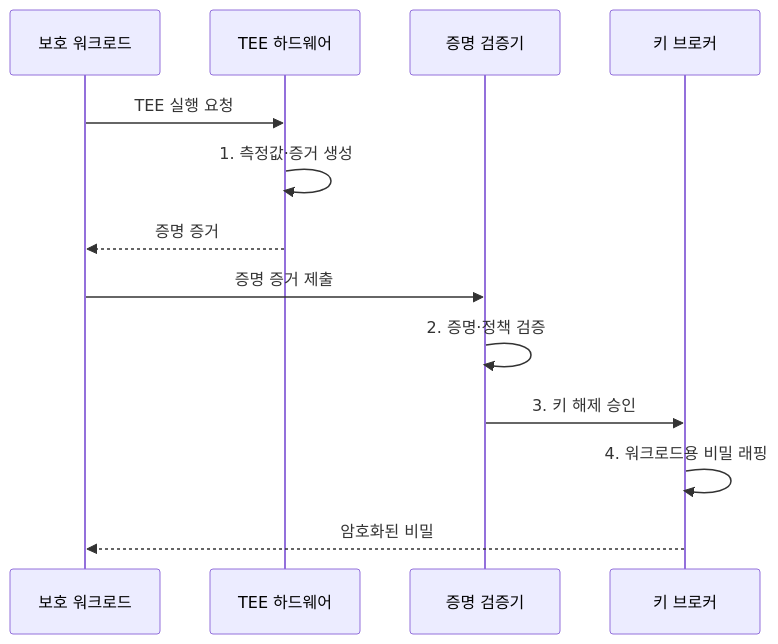
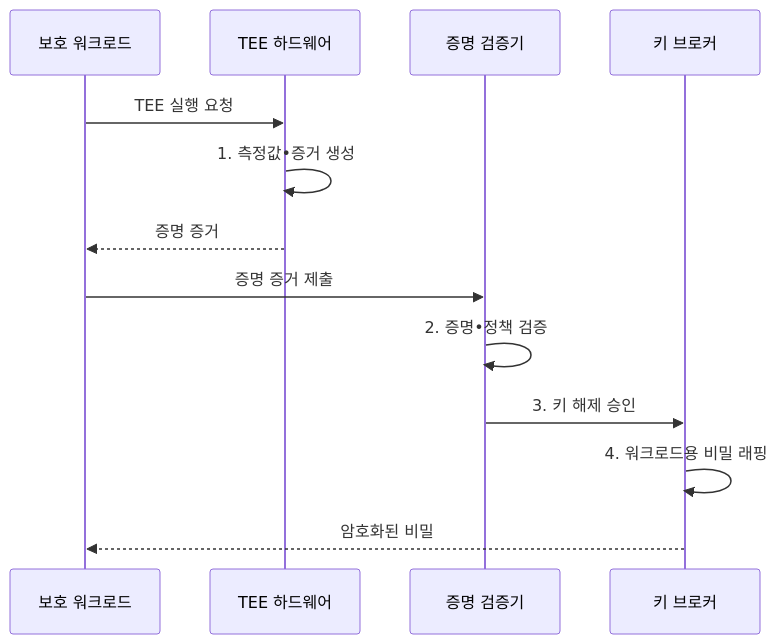
One commit to agnusdei1207/knowledge-base changed the second of 2 diagrams in src/content/docs/notes/05-security/019_confidential_computing.md. Above: the diagram before and after it, drawn with Mermaid. The commit also changed other lines of this file and 953 other files, not shown here.

````diff
--- a/src/content/docs/notes/05-security/019_confidential_computing.md
+++ b/src/content/docs/notes/05-security/019_confidential_computing.md
@@ -103,15 +103,15 @@
 ```mermaid
 sequenceDiagram
     participant W as 보호 워크로드
     participant T as TEE 하드웨어
     participant V as 증명 검증기
     participant K as 키 브로커
     W->>T: TEE 실행 요청
-    T->>T: 1. 측정값·증거 생성
+    T->>T: 1. 측정값•증거 생성
     T-->>W: 증명 증거
     W->>V: 증명 증거 제출
-    V->>V: 2. 증명·정책 검증
+    V->>V: 2. 증명•정책 검증
     V->>K: 3. 키 해제 승인
     K->>K: 4. 워크로드용 비밀 래핑
     K-->>W: 암호화된 비밀
 ```
````
